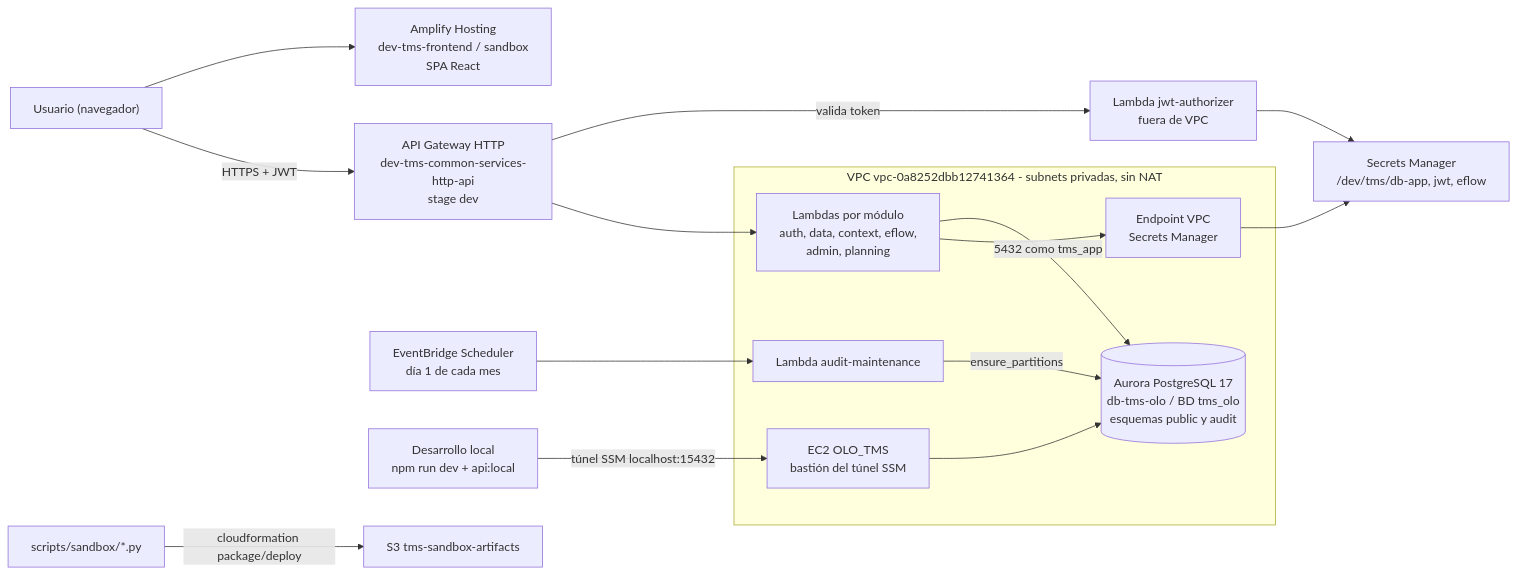
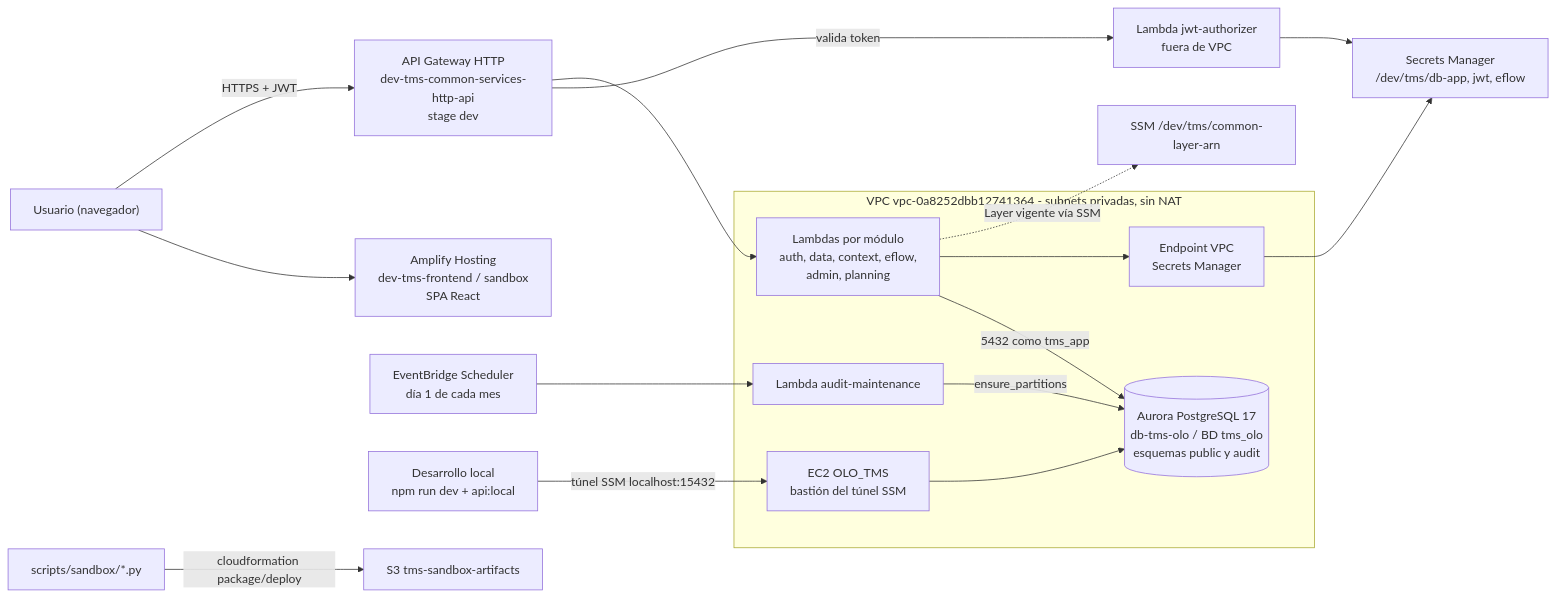
The diagram in docs/reference/aws-inventario-tms.md (JeanCaOLO/sto_tms_olo), drawn with Mermaid before and after one commit. The commit also changed other lines of this file and 18 other files, not shown here.

````diff
--- a/docs/reference/aws-inventario-tms.md
+++ b/docs/reference/aws-inventario-tms.md
@@ -14,21 +14,22 @@
 ```mermaid
 flowchart LR
   user["Usuario (navegador)"] --> amplify["Amplify Hosting<br/>dev-tms-frontend / sandbox<br/>SPA React"]
   user -->|"HTTPS + JWT"| apigw["API Gateway HTTP<br/>dev-tms-common-services-http-api<br/>stage dev"]
   apigw -->|"valida token"| authz["Lambda jwt-authorizer<br/>fuera de VPC"]
   apigw --> lambdas["Lambdas por módulo<br/>auth, data, context, eflow,<br/>admin, planning"]
   sched["EventBridge Scheduler<br/>día 1 de cada mes"] --> maint["Lambda audit-maintenance"]
   subgraph vpc["VPC vpc-0a8252dbb12741364 - subnets privadas, sin NAT"]
     lambdas
     maint
     vpce["Endpoint VPC<br/>Secrets Manager"]
     aurora[("Aurora PostgreSQL 17<br/>db-tms-olo / BD tms_olo<br/>esquemas public y audit")]
     bastion["EC2 OLO_TMS<br/>bastión del túnel SSM"]
   end
   lambdas -->|"5432 como tms_app"| aurora
   maint -->|"ensure_partitions"| aurora
   lambdas --> vpce --> secrets["Secrets Manager<br/>/dev/tms/db-app, jwt, eflow"]
   authz --> secrets
   dev["Desarrollo local<br/>npm run dev + api:local"] -->|"túnel SSM localhost:15432"| bastion --> aurora
   deploy["scripts/sandbox/*.py"] -->|"cloudformation package/deploy"| s3art["S3 tms-sandbox-artifacts"]
+  lambdas -.->|"Layer vigente vía SSM"| ssm["SSM /dev/tms/common-layer-arn"]
 ```
````
